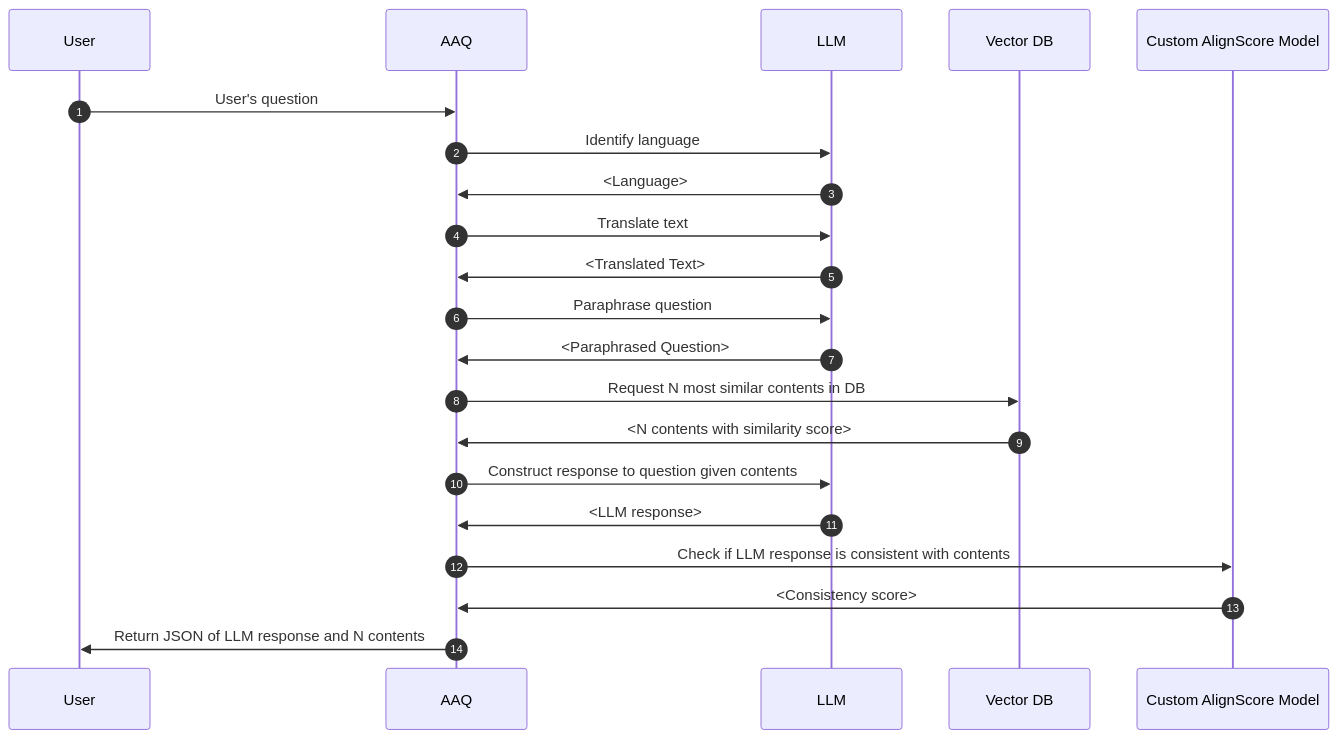
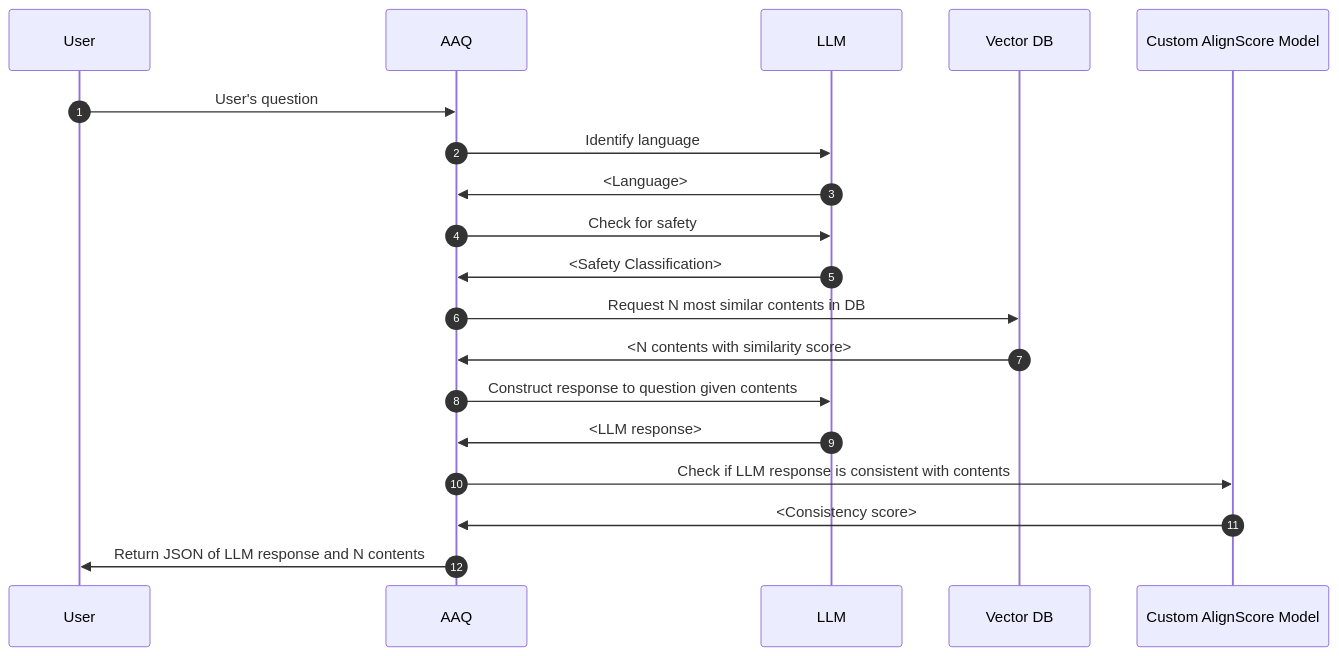
Before and after one commit to IDinsight/ask-a-question: the second of 2 diagrams in docs/components/qa-service/llm-response.md, drawn with Mermaid. The commit also changed other lines of this file and 2 other files, not shown here.

Commit message:
remove translate and paraphrase from llm response

````diff
--- a/docs/components/qa-service/llm-response.md
+++ b/docs/components/qa-service/llm-response.md
@@ -41,19 +39,17 @@
 ``` mermaid
 sequenceDiagram
   autonumber
   User->>AAQ: User's question
   AAQ->>LLM: Identify language
   LLM->>AAQ: <Language>
-  AAQ->>LLM: Translate text
-  LLM->>AAQ: <Translated Text>
-  AAQ->>LLM: Paraphrase question
-  LLM->>AAQ: <Paraphrased Question>
+  AAQ->>LLM: Check for safety
+  LLM->>AAQ: <Safety Classification>
   AAQ->>Vector DB: Request N most similar contents in DB
   Vector DB->>AAQ: <N contents with similarity score>
   AAQ->>LLM: Construct response to question given contents
   LLM->>AAQ: <LLM response>
   AAQ->>Custom AlignScore Model: Check if LLM response is consistent with contents
   Custom AlignScore Model ->>AAQ: <Consistency score>
   AAQ->>User: Return JSON of LLM response and N contents
 
 ```
````
